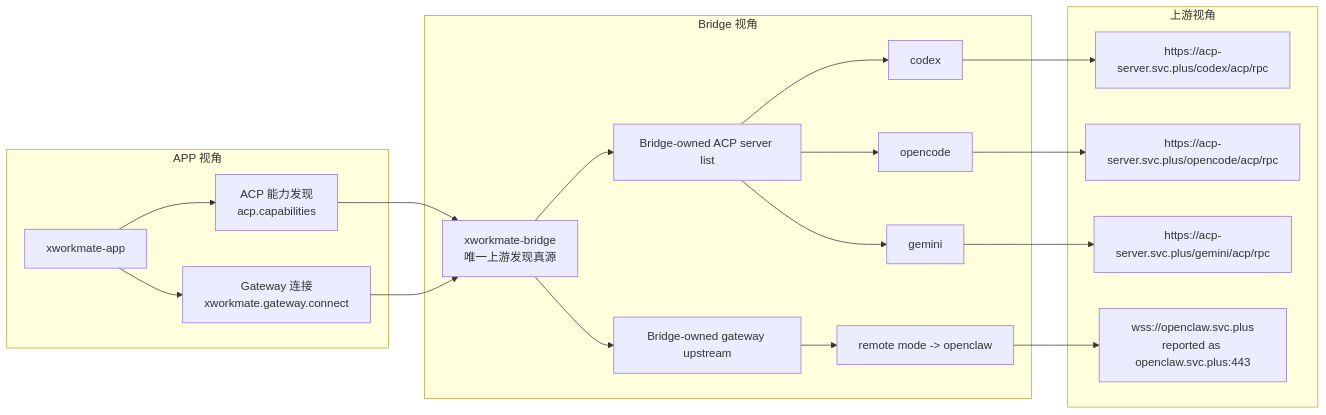
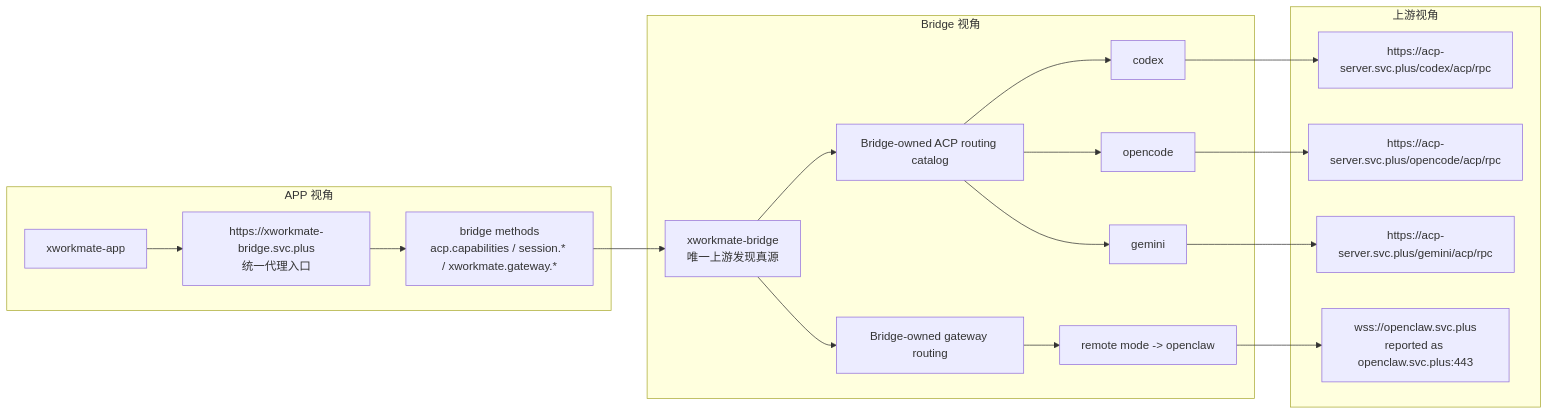
Before and after one commit to x-evor/xworkmate-bridge: the second of 2 diagrams in docs/architecture/acp-forwarding-topology.md, drawn with Mermaid. The commit also changed other lines of this file and 13 other files, not shown here.

Commit message:
bridge: add gateway provider routing model

````diff
--- a/docs/architecture/acp-forwarding-topology.md
+++ b/docs/architecture/acp-forwarding-topology.md
@@ -35,45 +39,44 @@
 ```mermaid
 flowchart LR
     subgraph L1["APP 视角"]
         APP["xworkmate-app"]
-        APPACP["ACP 能力发现<br/>acp.capabilities"]
-        APPGW["Gateway 连接<br/>xworkmate.gateway.connect"]
-        APP --> APPACP
-        APP --> APPGW
+        APPENTRY["https://xworkmate-bridge.svc.plus<br/>统一代理入口"]
+        APPMETHODS["bridge methods<br/>acp.capabilities / session.* / xworkmate.gateway.*"]
+        APP --> APPENTRY
+        APPENTRY --> APPMETHODS
     end
 
     subgraph L2["Bridge 视角"]
         BRIDGE["xworkmate-bridge<br/>唯一上游发现真源"]
 
-        CAP["Bridge-owned ACP server list"]
+        CAP["Bridge-owned ACP routing catalog"]
         CAP1["codex"]
         CAP2["opencode"]
         CAP3["gemini"]
 
-        GW["Bridge-owned gateway upstream"]
+        GW["Bridge-owned gateway routing"]
         GW1["remote mode -> openclaw"]
 
         BRIDGE --> CAP
         CAP --> CAP1
         CAP --> CAP2
         CAP --> CAP3
 
         BRIDGE --> GW
         GW --> GW1
     end
 
     subgraph L3["上游视角"]
         U1["https://acp-server.svc.plus/codex/acp/rpc"]
         U2["https://acp-server.svc.plus/opencode/acp/rpc"]
         U3["https://acp-server.svc.plus/gemini/acp/rpc"]
         U4["wss://openclaw.svc.plus<br/>reported as openclaw.svc.plus:443"]
     end
 
-    APPACP --> BRIDGE
-    APPGW --> BRIDGE
+    APPMETHODS --> BRIDGE
 
     CAP1 --> U1
     CAP2 --> U2
     CAP3 --> U3
     GW1 --> U4
 ```
````
